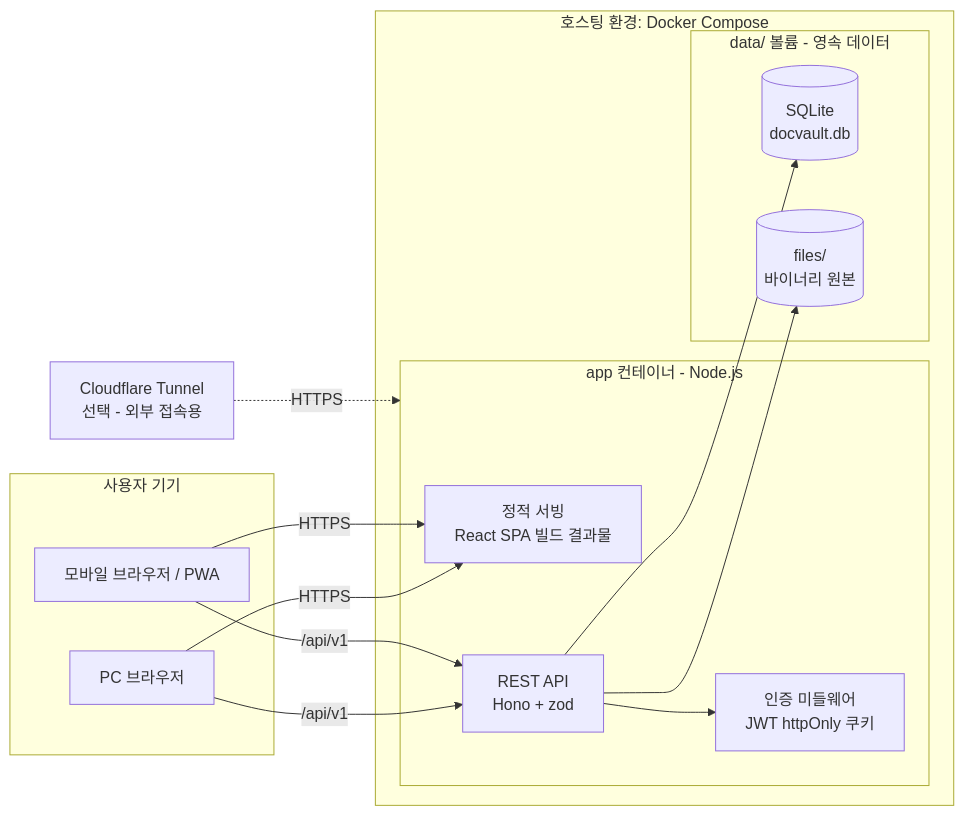
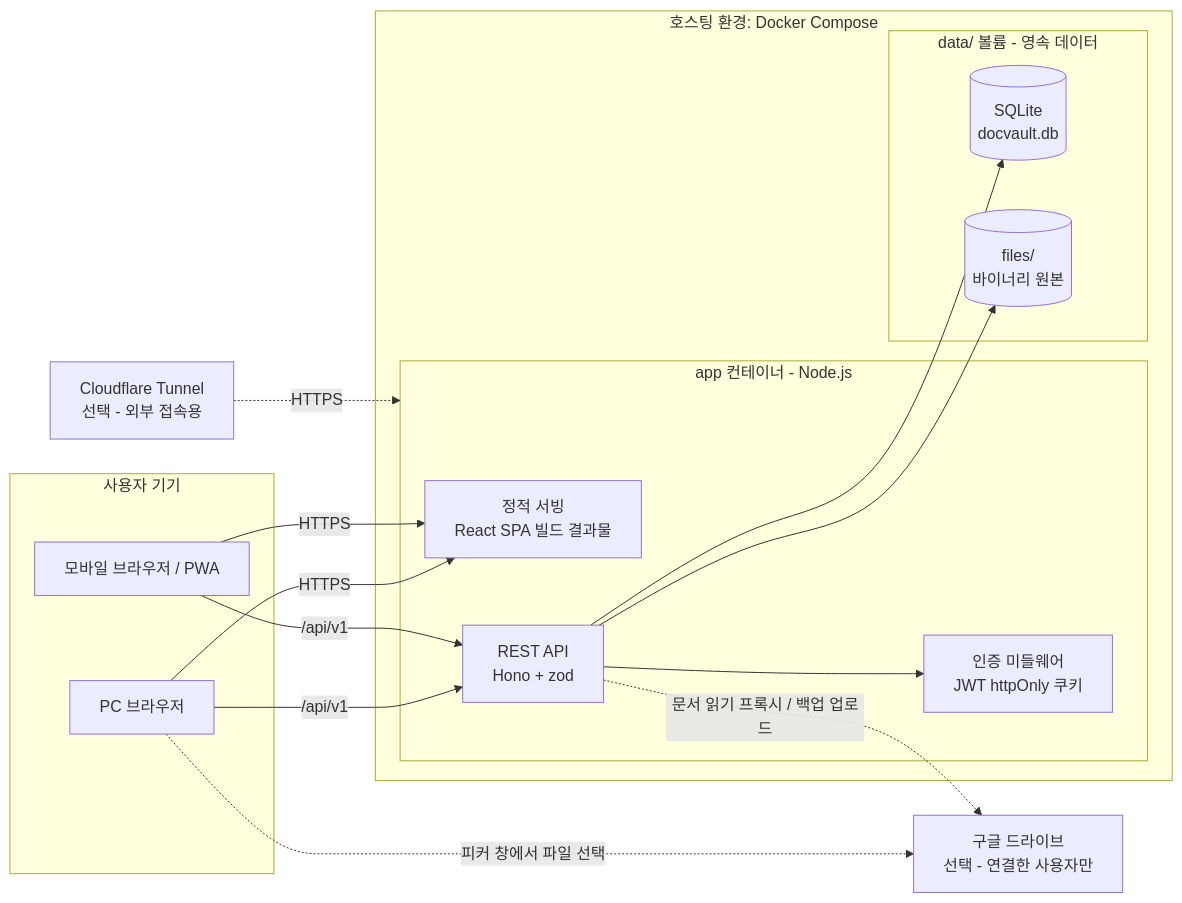
Before and after one commit to ehdwn009/docvault: the diagram in docs/design/시스템아키텍처_docvault_20260813.md, drawn with Mermaid. The commit also changed other lines of this file and 3 other files, not shown here.

First line of the commit message:
docs: 구글 드라이브 연동 설계 (열람 프록시 + 자동 백업)

````diff
--- a/docs/design/시스템아키텍처_docvault_20260813.md
+++ b/docs/design/시스템아키텍처_docvault_20260813.md
@@ -11,29 +11,33 @@
 ```mermaid
 flowchart LR
     subgraph Devices[사용자 기기]
         PC[PC 브라우저]
         Mobile[모바일 브라우저 / PWA]
     end
 
     Tunnel[Cloudflare Tunnel<br/>선택 - 외부 접속용] -.->|HTTPS| App
 
     subgraph Host[호스팅 환경: Docker Compose]
         subgraph App[app 컨테이너 - Node.js]
             Static[정적 서빙<br/>React SPA 빌드 결과물]
             API[REST API<br/>Hono + zod]
             AuthMW[인증 미들웨어<br/>JWT httpOnly 쿠키]
         end
         subgraph Data[data/ 볼륨 - 영속 데이터]
             DB[(SQLite<br/>docvault.db)]
             FS[(files/<br/>바이너리 원본)]
         end
     end
 
+    Google[구글 드라이브<br/>선택 - 연결한 사용자만]
+
     PC -->|HTTPS| Static
     Mobile -->|HTTPS| Static
     PC -->|/api/v1| API
     Mobile -->|/api/v1| API
     API --> AuthMW
     API --> DB
     API --> FS
+    API -.->|문서 읽기 프록시 / 백업 업로드| Google
+    PC -.->|피커 창에서 파일 선택| Google
 ```
````
